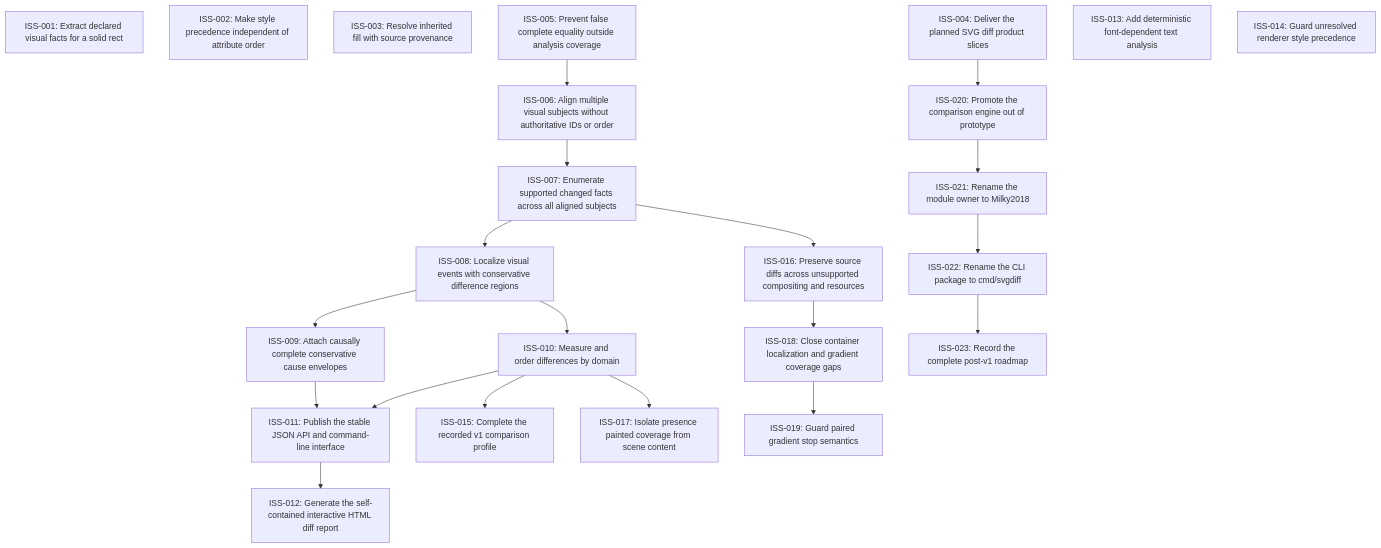
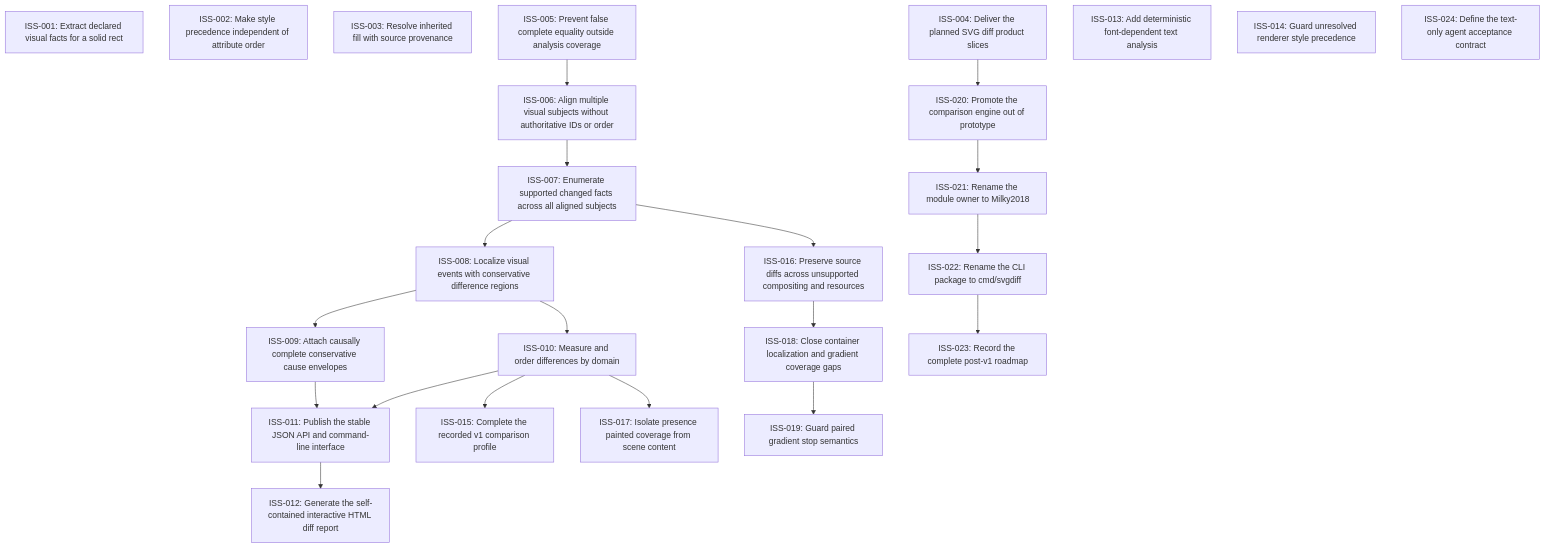
Before and after one commit to moonbit-community/svgdiff: the diagram in issues/README.md, drawn with Mermaid. The commit also changed 4 other files, not shown here.

Commit message:
Define text-only agent acceptance contract

````diff
--- a/issues/README.md
+++ b/issues/README.md
@@ -18,43 +18,44 @@
 ```mermaid
 graph TD
   ISS_001["ISS-001: Extract declared visual facts for a solid rect"]
   ISS_002["ISS-002: Make style precedence independent of attribute order"]
   ISS_003["ISS-003: Resolve inherited fill with source provenance"]
   ISS_004["ISS-004: Deliver the planned SVG diff product slices"]
   ISS_005["ISS-005: Prevent false complete equality outside analysis coverage"]
   ISS_006["ISS-006: Align multiple visual subjects without authoritative IDs or order"]
   ISS_007["ISS-007: Enumerate supported changed facts across all aligned subjects"]
   ISS_008["ISS-008: Localize visual events with conservative difference regions"]
   ISS_009["ISS-009: Attach causally complete conservative cause envelopes"]
   ISS_010["ISS-010: Measure and order differences by domain"]
   ISS_011["ISS-011: Publish the stable JSON API and command-line interface"]
   ISS_012["ISS-012: Generate the self-contained interactive HTML diff report"]
   ISS_013["ISS-013: Add deterministic font-dependent text analysis"]
   ISS_014["ISS-014: Guard unresolved renderer style precedence"]
   ISS_015["ISS-015: Complete the recorded v1 comparison profile"]
   ISS_016["ISS-016: Preserve source diffs across unsupported compositing and resources"]
   ISS_017["ISS-017: Isolate presence painted coverage from scene content"]
   ISS_018["ISS-018: Close container localization and gradient coverage gaps"]
   ISS_019["ISS-019: Guard paired gradient stop semantics"]
   ISS_020["ISS-020: Promote the comparison engine out of prototype"]
   ISS_021["ISS-021: Rename the module owner to Milky2018"]
   ISS_022["ISS-022: Rename the CLI package to cmd/svgdiff"]
   ISS_023["ISS-023: Record the complete post-v1 roadmap"]
+  ISS_024["ISS-024: Define the text-only agent acceptance contract"]
   ISS_005 --> ISS_006
   ISS_006 --> ISS_007
   ISS_007 --> ISS_008
   ISS_008 --> ISS_009
   ISS_008 --> ISS_010
   ISS_009 --> ISS_011
   ISS_010 --> ISS_011
   ISS_011 --> ISS_012
   ISS_010 --> ISS_015
   ISS_007 --> ISS_016
   ISS_010 --> ISS_017
   ISS_016 --> ISS_018
   ISS_018 --> ISS_019
   ISS_004 --> ISS_020
   ISS_020 --> ISS_021
   ISS_021 --> ISS_022
   ISS_022 --> ISS_023
 ```
````
